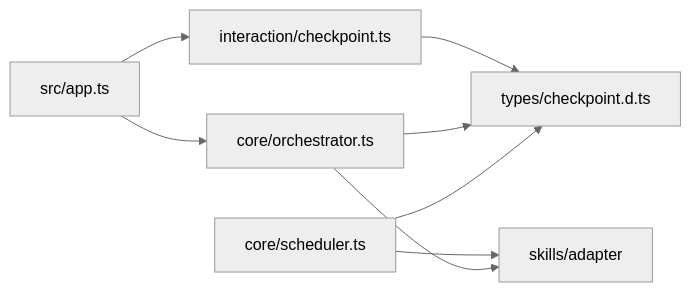
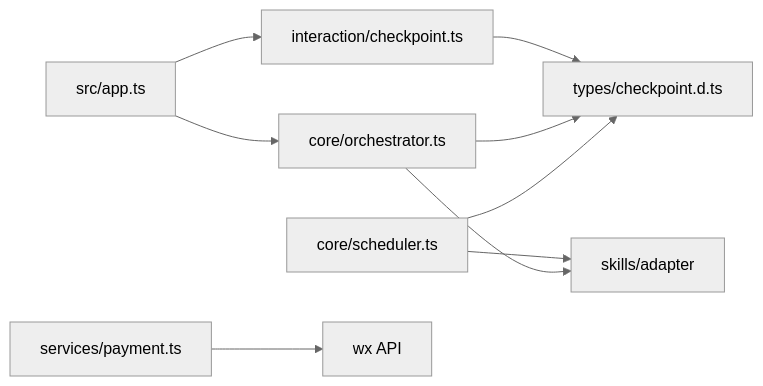
One commit to Ichi-Hackton/WAIC-WeChat-MiniProgram changed the sixth of 6 diagrams in .qoder/repowiki/zh/content/用户界面/交互层设计/检查点确认机制.md. Above: the diagram before and after it, drawn with Mermaid (neutral theme). The commit also changed other lines of this file and 33 other files, not shown here.

````diff
--- a/.qoder/repowiki/zh/content/用户界面/交互层设计/检查点确认机制.md
+++ b/.qoder/repowiki/zh/content/用户界面/交互层设计/检查点确认机制.md
@@ -323,10 +380,11 @@
 ```mermaid
 graph LR
 CKPT["interaction/checkpoint.ts"] --> TYPES["types/checkpoint.d.ts"]
 ORCH["core/orchestrator.ts"] --> TYPES
 SCH["core/scheduler.ts"] --> TYPES
 RUNTIME["src/app.ts"] --> ORCH
 RUNTIME --> CKPT
 SCH --> ADAPTER["skills/adapter"]
 ORCH --> ADAPTER
+PAY["services/payment.ts"] --> WX["wx API"]
 ```
````
